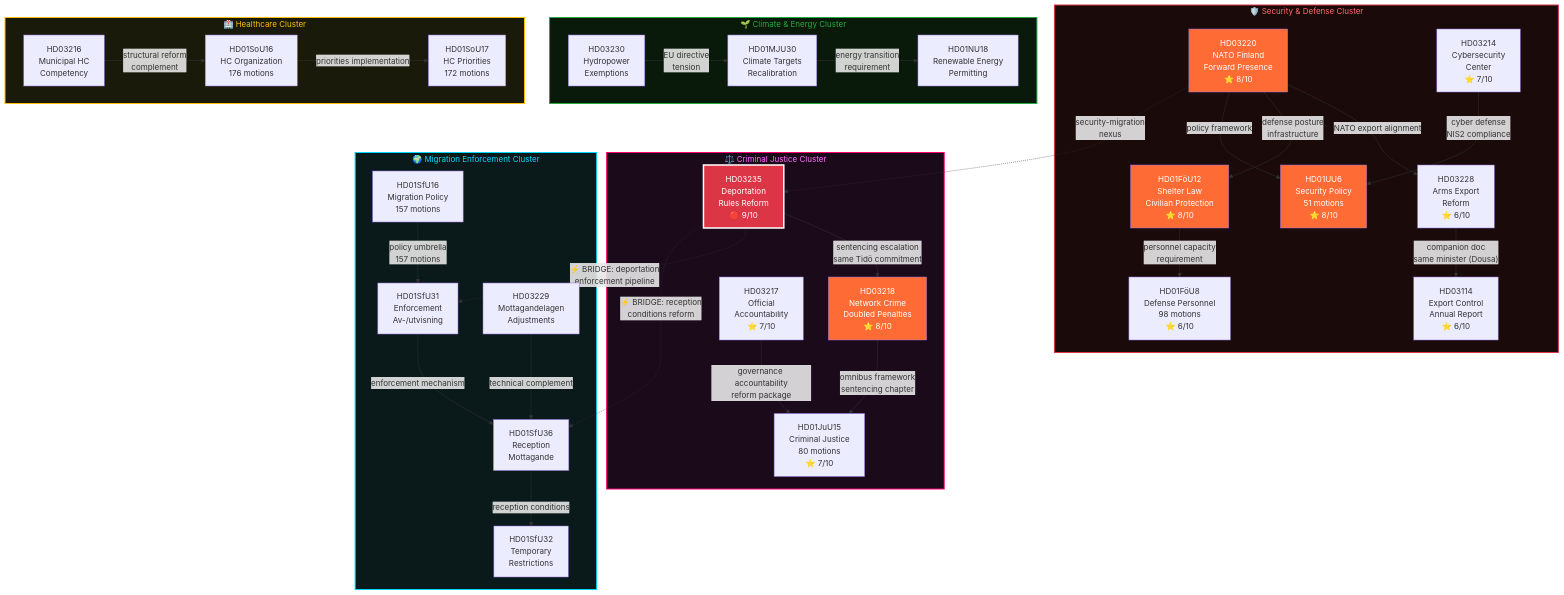
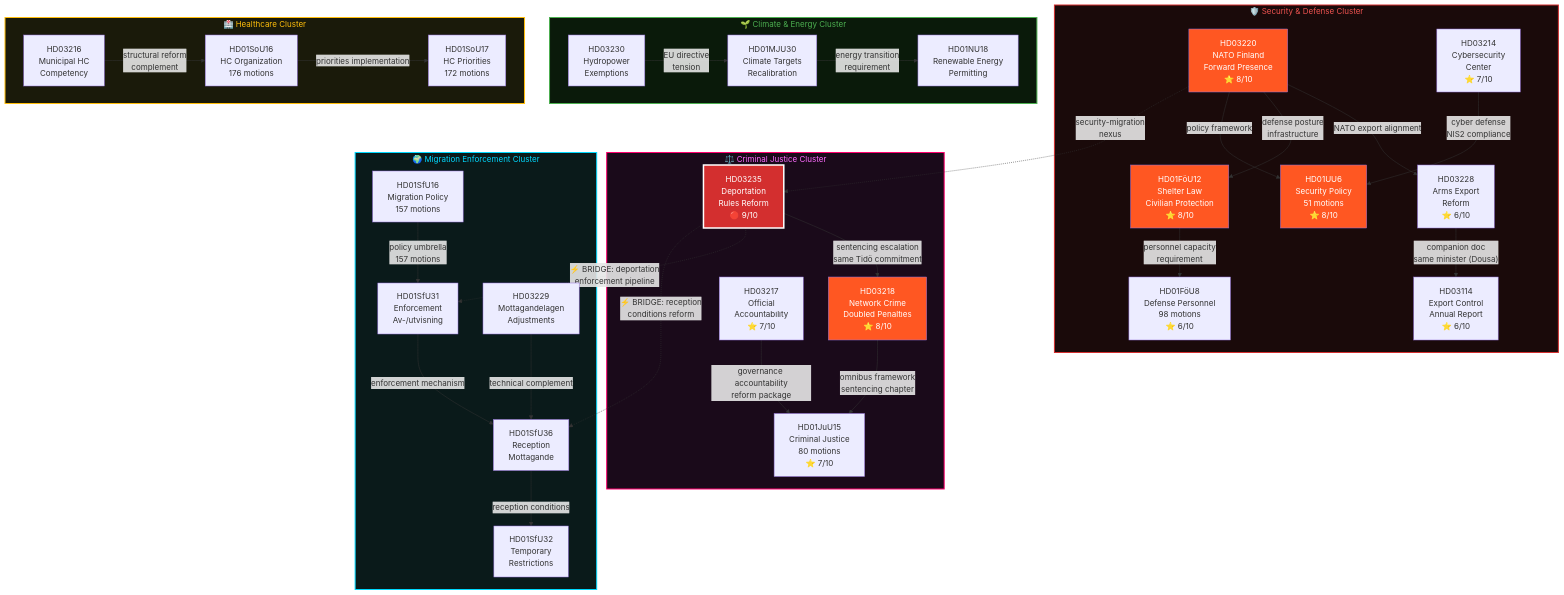
One commit to Hack23/riksdagsmonitor changed the diagram in analysis/daily/2026-04-11/weekly-review/cross-reference-map.md. Above: the diagram before and after it, drawn with Mermaid. The commit also changed 785 other files, not shown here.

First line of the commit message:
Normalize mermaid colors across 786 analysis artifacts to ISMS Style Guide palette

````diff
--- a/analysis/daily/2026-04-11/weekly-review/cross-reference-map.md
+++ b/analysis/daily/2026-04-11/weekly-review/cross-reference-map.md
@@ -19,78 +19,78 @@
 ```mermaid
 graph TD
     subgraph SEC["🛡️ Security & Defense Cluster"]
-        style SEC fill:#1a0a0a,color:#ff6b6b,stroke:#dc3545,stroke-width:2px
+        style SEC fill:#1a0a0a,color:#EF5350,stroke:#D32F2F,stroke-width:2px
         HD03220["HD03220<br/>NATO Finland<br/>Forward Presence<br/>⭐ 8/10"]
         HD01FOU12["HD01FöU12<br/>Shelter Law<br/>Civilian Protection<br/>⭐ 8/10"]
         HD01UU6["HD01UU6<br/>Security Policy<br/>51 motions<br/>⭐ 8/10"]
         HD01FOU8["HD01FöU8<br/>Defense Personnel<br/>98 motions<br/>⭐ 6/10"]
         HD03214["HD03214<br/>Cybersecurity<br/>Center<br/>⭐ 7/10"]
         HD03228["HD03228<br/>Arms Export<br/>Reform<br/>⭐ 6/10"]
         HD03114["HD03114<br/>Export Control<br/>Annual Report<br/>⭐ 6/10"]
     end
 
     subgraph CJ["⚖️ Criminal Justice Cluster"]
         style CJ fill:#1a0a1a,color:#ff6bff,stroke:#ff006e,stroke-width:2px
         HD03235["HD03235<br/>Deportation<br/>Rules Reform<br/>🔴 9/10"]
         HD03218["HD03218<br/>Network Crime<br/>Doubled Penalties<br/>⭐ 8/10"]
         HD03217["HD03217<br/>Official<br/>Accountability<br/>⭐ 7/10"]
         HD01JUU15["HD01JuU15<br/>Criminal Justice<br/>80 motions<br/>⭐ 7/10"]
     end
 
     subgraph MIG["🌍 Migration Enforcement Cluster"]
         style MIG fill:#0a1a1a,color:#00d9ff,stroke:#00d9ff,stroke-width:2px
         HD01SFU31["HD01SfU31<br/>Enforcement<br/>Av-/utvisning"]
         HD01SFU36["HD01SfU36<br/>Reception<br/>Mottagande"]
         HD01SFU32["HD01SfU32<br/>Temporary<br/>Restrictions"]
         HD01SFU16["HD01SfU16<br/>Migration Policy<br/>157 motions"]
         HD03229["HD03229<br/>Mottagandelagen<br/>Adjustments"]
     end
 
     subgraph CE["🌱 Climate & Energy Cluster"]
-        style CE fill:#0a1a0a,color:#28a745,stroke:#28a745,stroke-width:2px
+        style CE fill:#0a1a0a,color:#4CAF50,stroke:#4CAF50,stroke-width:2px
         HD01MJU30["HD01MJU30<br/>Climate Targets<br/>Recalibration"]
         HD01NU18["HD01NU18<br/>Renewable Energy<br/>Permitting"]
         HD03230["HD03230<br/>Hydropower<br/>Exemptions"]
     end
 
     subgraph HC["🏥 Healthcare Cluster"]
         style HC fill:#1a1a0a,color:#ffbe0b,stroke:#ffbe0b,stroke-width:2px
         HD03216["HD03216<br/>Municipal HC<br/>Competency"]
         HD01SOU16["HD01SoU16<br/>HC Organization<br/>176 motions"]
         HD01SOU17["HD01SoU17<br/>HC Priorities<br/>172 motions"]
     end
 
     %% Security internal links
     HD03220 -->|"NATO export alignment"| HD03228
     HD03220 -->|"defense posture<br/>infrastructure"| HD01FOU12
     HD03220 -->|"policy framework"| HD01UU6
     HD01FOU12 -->|"personnel capacity<br/>requirement"| HD01FOU8
     HD03228 -->|"companion doc<br/>same minister (Dousa)"| HD03114
     HD03214 -->|"cyber defense<br/>NIS2 compliance"| HD01UU6
 
     %% Criminal Justice internal links
     HD03235 -->|"sentencing escalation<br/>same Tidö commitment"| HD03218
     HD03218 -->|"omnibus framework<br/>sentencing chapter"| HD01JUU15
     HD03217 -->|"governance accountability<br/>reform package"| HD01JUU15
 
     %% Migration internal links
     HD01SFU31 -->|"enforcement mechanism"| HD01SFU36
     HD01SFU36 -->|"reception conditions"| HD01SFU32
     HD03229 -->|"technical complement"| HD01SFU36
     HD01SFU16 -->|"policy umbrella<br/>157 motions"| HD01SFU31
 
     %% Cross-cluster links
     HD03235 -.->|"⚡ BRIDGE: deportation<br/>enforcement pipeline"| HD01SFU31
     HD03235 -.->|"⚡ BRIDGE: reception<br/>conditions reform"| HD01SFU36
     HD03220 -.->|"security-migration<br/>nexus"| HD03235
     HD01MJU30 -->|"energy transition<br/>requirement"| HD01NU18
     HD03230 -->|"EU directive<br/>tension"| HD01MJU30
     HD03216 -->|"structural reform<br/>complement"| HD01SOU16
     HD01SOU16 -->|"priorities implementation"| HD01SOU17
 
-    style HD03235 fill:#dc3545,color:#fff,stroke:#fff,stroke-width:3px
-    style HD03220 fill:#ff6b35,color:#fff
-    style HD03218 fill:#ff6b35,color:#fff
-    style HD01FOU12 fill:#ff6b35,color:#fff
-    style HD01UU6 fill:#ff6b35,color:#fff
+    style HD03235 fill:#D32F2F,color:#FFFFFF,stroke:#FFFFFF,stroke-width:3px
+    style HD03220 fill:#FF5722,color:#FFFFFF
+    style HD03218 fill:#FF5722,color:#FFFFFF
+    style HD01FOU12 fill:#FF5722,color:#FFFFFF
+    style HD01UU6 fill:#FF5722,color:#FFFFFF
 ```
````
